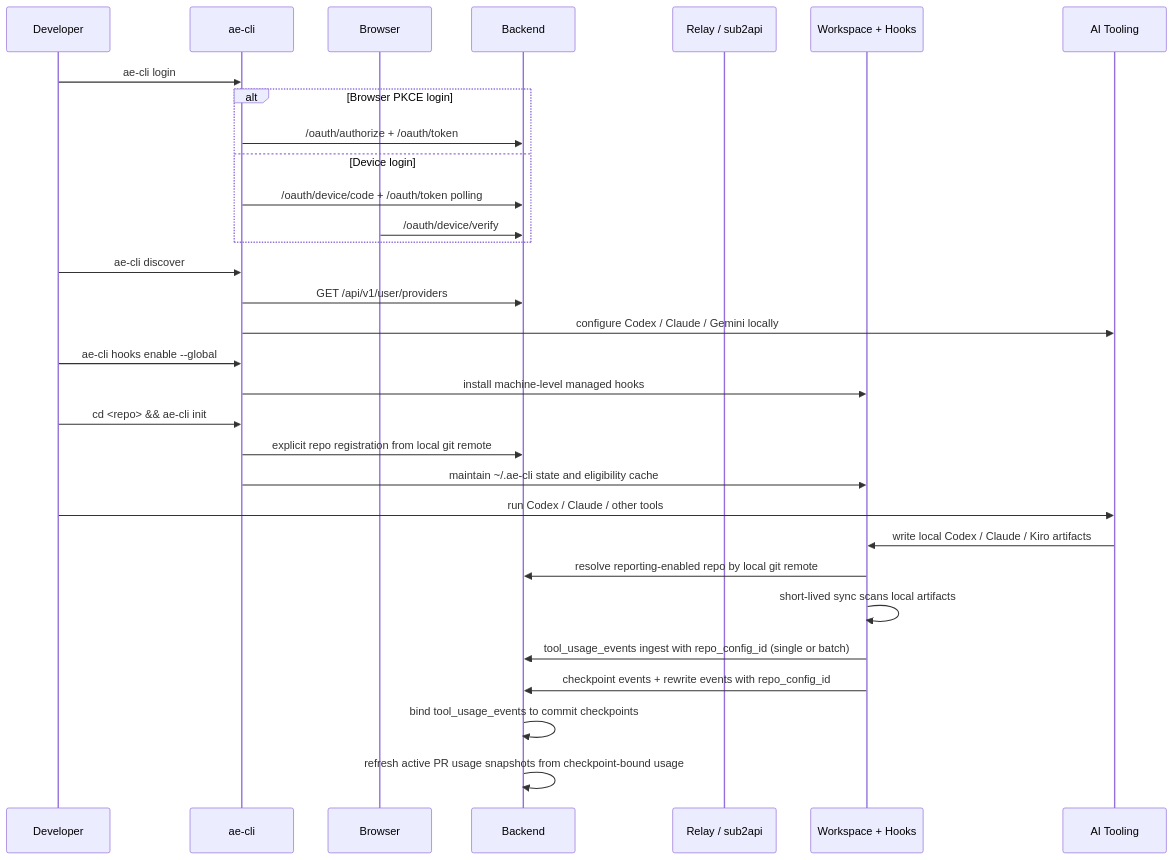
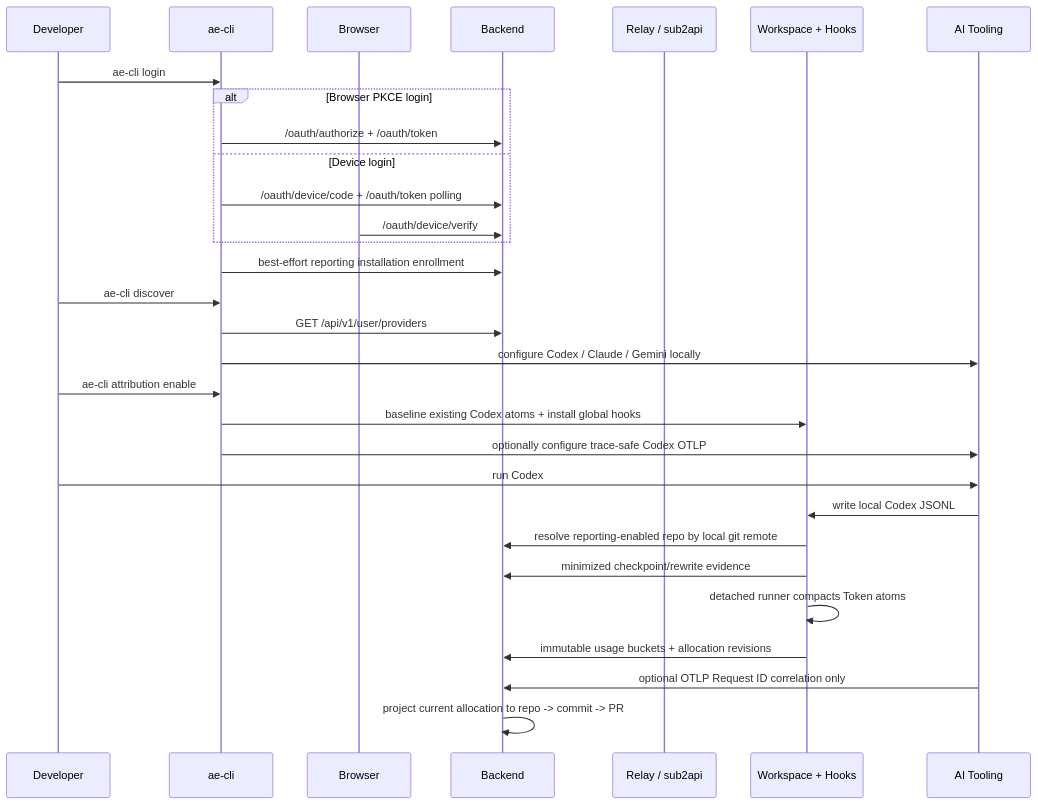
Before and after one commit to LichKing-2234/ai-efficiency: the third of 4 diagrams in docs/architecture.md, drawn with Mermaid. The commit also changed other lines of this file and 96 other files, not shown here.

Commit message:
feat(attribution): add compact Codex Token ledger POC

````diff
--- a/docs/architecture.md
+++ b/docs/architecture.md
@@ -626,34 +629,33 @@
 ```mermaid
 sequenceDiagram
     participant Dev as Developer
     participant CLI as ae-cli
     participant Browser as Browser
     participant BE as Backend
     participant Relay as Relay / sub2api
     participant WS as Workspace + Hooks
     participant Tool as AI Tooling
 
     Dev->>CLI: ae-cli login
     alt Browser PKCE login
         CLI->>BE: /oauth/authorize + /oauth/token
     else Device login
         CLI->>BE: /oauth/device/code + /oauth/token polling
         Browser->>BE: /oauth/device/verify
     end
+    CLI->>BE: best-effort reporting installation enrollment
     Dev->>CLI: ae-cli discover
     CLI->>BE: GET /api/v1/user/providers
     CLI->>Tool: configure Codex / Claude / Gemini locally
-    Dev->>CLI: ae-cli hooks enable --global
-    CLI->>WS: install machine-level managed hooks
-    Dev->>CLI: cd <repo> && ae-cli init
-    CLI->>BE: explicit repo registration from local git remote
-    CLI->>WS: maintain ~/.ae-cli state and eligibility cache
-    Dev->>Tool: run Codex / Claude / other tools
-    Tool->>WS: write local Codex / Claude / Kiro artifacts
+    Dev->>CLI: ae-cli attribution enable
+    CLI->>WS: baseline existing Codex atoms + install global hooks
+    CLI->>Tool: optionally configure trace-safe Codex OTLP
+    Dev->>Tool: run Codex
+    Tool->>WS: write local Codex JSONL
     WS->>BE: resolve reporting-enabled repo by local git remote
-    WS->>WS: short-lived sync scans local artifacts
-    WS->>BE: tool_usage_events ingest with repo_config_id (single or batch)
-    WS->>BE: checkpoint events + rewrite events with repo_config_id
-    BE->>BE: bind tool_usage_events to commit checkpoints
-    BE->>BE: refresh active PR usage snapshots from checkpoint-bound usage
+    WS->>BE: minimized checkpoint/rewrite evidence
+    WS->>WS: detached runner compacts Token atoms
+    WS->>BE: immutable usage buckets + allocation revisions
+    Tool->>BE: optional OTLP Request ID correlation only
+    BE->>BE: project current allocation to repo -> commit -> PR
 ```
````
